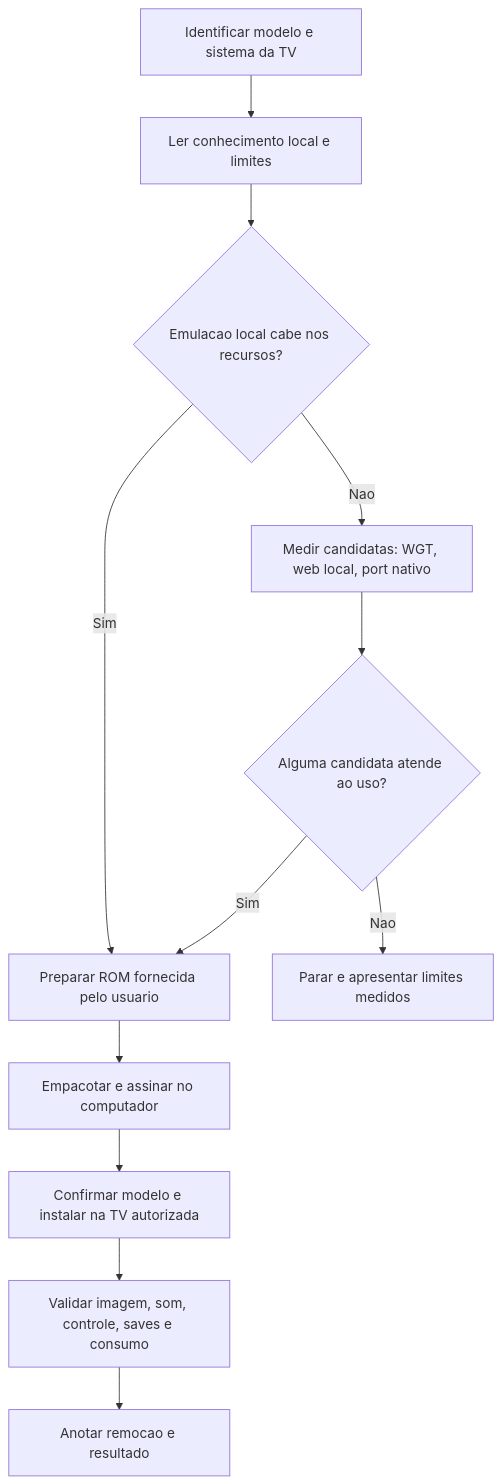
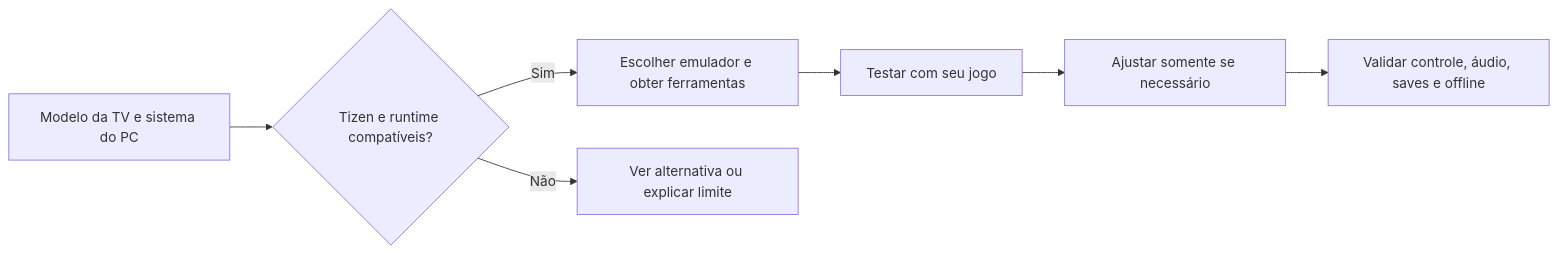
One commit to leandroxse/samsung-games changed the diagram in README.md. Above: the diagram before and after it, drawn with Mermaid. The commit also changed other lines of this file and 4 other files, not shown here.

````diff
--- a/README.md
+++ b/README.md
@@ -27,14 +31,9 @@
 ```mermaid
-flowchart TD
-    A[Identificar modelo e sistema da TV] --> B[Ler conhecimento local e limites]
-    B --> C{Emulacao local cabe nos recursos?}
-    C -->|Sim| D[Preparar ROM fornecida pelo usuario]
-    C -->|Nao| E[Medir candidatas: WGT, web local, port nativo]
-    E --> F{Alguma candidata atende ao uso?}
-    F -->|Nao| G[Parar e apresentar limites medidos]
-    F -->|Sim| D
-    D --> H[Empacotar e assinar no computador]
-    H --> I[Confirmar modelo e instalar na TV autorizada]
-    I --> J[Validar imagem, som, controle, saves e consumo]
-    J --> K[Anotar remocao e resultado]
+flowchart LR
+    A[Modelo da TV e sistema do PC] --> B{Tizen e runtime compatíveis?}
+    B -->|Sim| C[Escolher emulador e obter ferramentas]
+    B -->|Não| D[Ver alternativa ou explicar limite]
+    C --> E[Testar com seu jogo]
+    E --> F[Ajustar somente se necessário]
+    F --> G[Validar controle, áudio, saves e offline]
 ```
````
